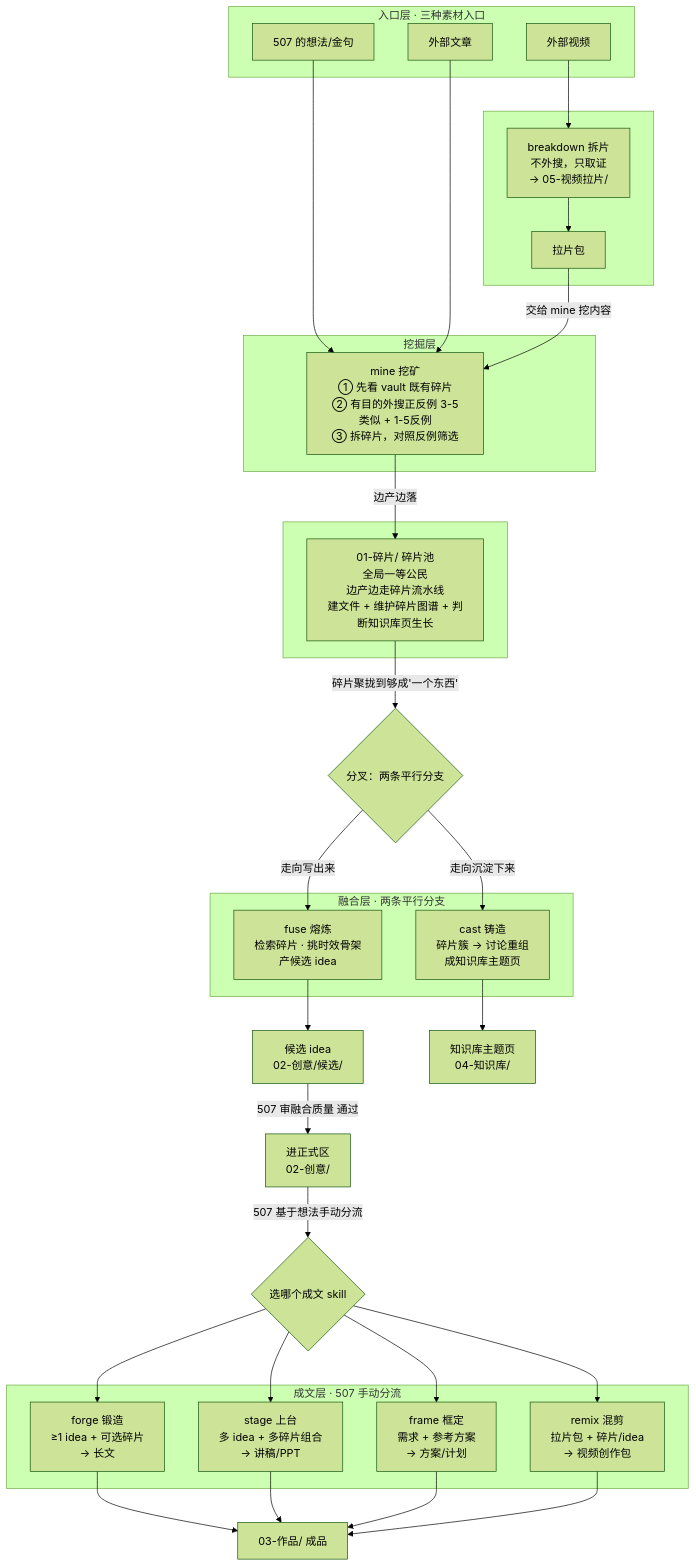
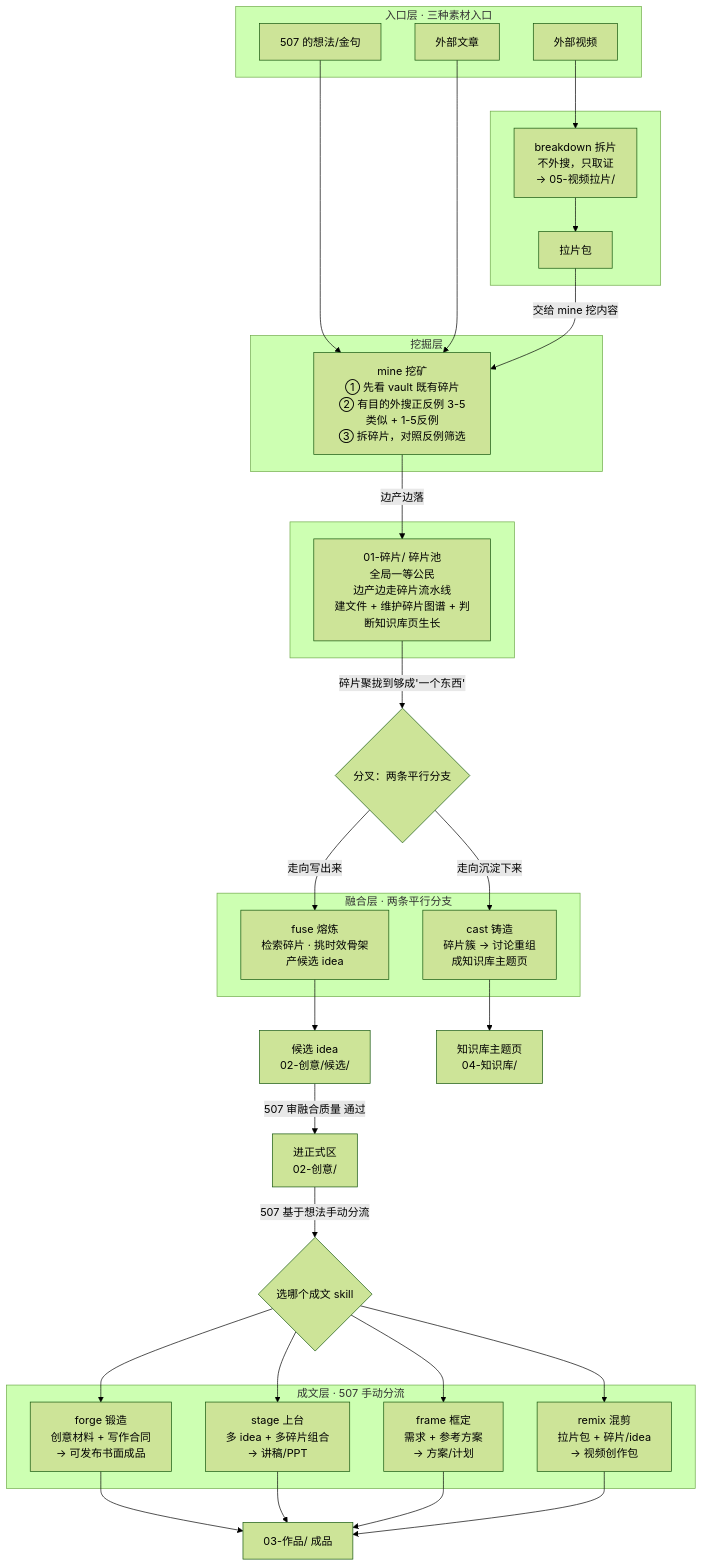
One commit to ssdiwu/507-skills changed the diagram in write/README.md. Above: the diagram before and after it, drawn with Mermaid (forest theme). The commit also changed other lines of this file and 8 other files, not shown here.

````diff
--- a/write/README.md
+++ b/write/README.md
@@ -172,63 +173,63 @@
 ```mermaid
 flowchart TD
     %% 入口层
     subgraph 入口层[入口层 · 三种素材入口]
         idea[507 的想法/金句]
         article[外部文章]
         video[外部视频]
     end
 
     video --> breakdown
     subgraph 拆片[ ]
         breakdown["breakdown 拆片<br/>不外搜，只取证<br/>→ 05-视频拉片/"]
         拉片包[拉片包]
     end
     breakdown --> 拉片包
 
     idea --> mine
     article --> mine
     拉片包 -->|交给 mine 挖内容| mine
 
     subgraph 挖掘层[挖掘层]
         mine["mine 挖矿<br/>① 先看 vault 既有碎片<br/>② 有目的外搜正反例 3-5类似 + 1-5反例<br/>③ 拆碎片，对照反例筛选"]
     end
 
     mine -->|边产边落| 碎片池
     subgraph 汇合[ ]
         碎片池["01-碎片/ 碎片池<br/>全局一等公民<br/>边产边走碎片流水线<br/>建文件 + 维护碎片图谱 + 判断知识库页生长"]
     end
 
     碎片池 -->|碎片聚拢到够成'一个东西'| 分叉{分叉：两条平行分支}
 
     分叉 -->|走向写出来| fuse
     分叉 -->|走向沉淀下来| cast
 
     subgraph 融合层[融合层 · 两条平行分支]
         fuse["fuse 熔炼<br/>检索碎片 · 挑时效骨架<br/>产候选 idea"]
         cast["cast 铸造<br/>碎片簇 → 讨论重组<br/>成知识库主题页"]
     end
 
     fuse --> 候选idea["候选 idea<br/>02-创意/候选/"]
     cast --> 知识库页["知识库主题页<br/>04-知识库/"]
 
     候选idea -->|507 审融合质量 通过| 正式区["进正式区<br/>02-创意/"]
 
     正式区 -->|507 基于想法手动分流| 分流{选哪个成文 skill}
 
     subgraph 成文层[成文层 · 507 手动分流]
-        forge["forge 锻造<br/>≥1 idea + 可选碎片<br/>→ 长文"]
+        forge["forge 锻造<br/>创意材料 + 写作合同<br/>→ 可发布书面成品"]
         stage["stage 上台<br/>多 idea + 多碎片组合<br/>→ 讲稿/PPT"]
         frame["frame 框定<br/>需求 + 参考方案<br/>→ 方案/计划"]
         remix["remix 混剪<br/>拉片包 + 碎片/idea<br/>→ 视频创作包"]
     end
 
     分流 --> forge
     分流 --> stage
     分流 --> frame
     分流 --> remix
 
     forge --> 成品["03-作品/ 成品"]
     stage --> 成品
     frame --> 成品
     remix --> 成品
 ```
````
